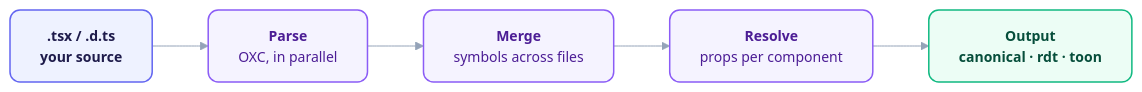
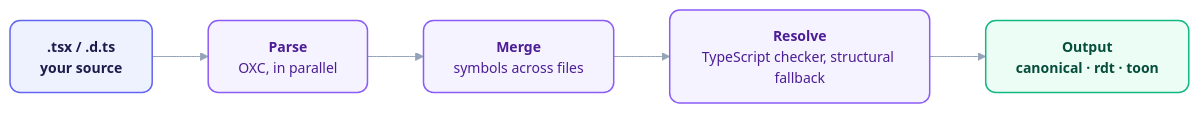
The diagram in README.md (orin-dx/caliper), drawn with Mermaid before and after one commit. The commit also changed other lines of this file and 24 other files, not shown here.

````diff
--- a/README.md
+++ b/README.md
@@ -50,16 +50,16 @@
 ```mermaid
 %%{init: {'theme': 'base', 'flowchart': {'curve': 'basis', 'nodeSpacing': 40, 'rankSpacing': 56}, 'themeVariables': {'fontFamily': 'Inter, ui-sans-serif, system-ui, sans-serif', 'fontSize': '14px', 'lineColor': '#94a3b8', 'edgeLabelBackground': '#ffffff'}}}%%
 flowchart LR
     classDef source fill:#eef2ff,stroke:#6366f1,stroke-width:1.5px,color:#1e1b4b,rx:10px,ry:10px,font-weight:600;
     classDef engine fill:#f5f3ff,stroke:#8b5cf6,stroke-width:1.5px,color:#4c1d95,rx:10px,ry:10px;
     classDef output fill:#ecfdf5,stroke:#10b981,stroke-width:1.5px,color:#064e3b,rx:10px,ry:10px,font-weight:600;
 
     files["<b>.tsx / .d.ts</b><br/>your source"] --> parse["<b>Parse</b><br/>OXC, in parallel"]
     parse --> merge["<b>Merge</b><br/>symbols across files"]
-    merge --> resolve["<b>Resolve</b><br/>props per component"]
+    merge --> resolve["<b>Resolve</b><br/>TypeScript checker, structural fallback"]
     resolve --> out["<b>Output</b><br/>canonical · rdt · toon"]
 
     class files source
     class parse,merge,resolve engine
     class out output
 ```
````
